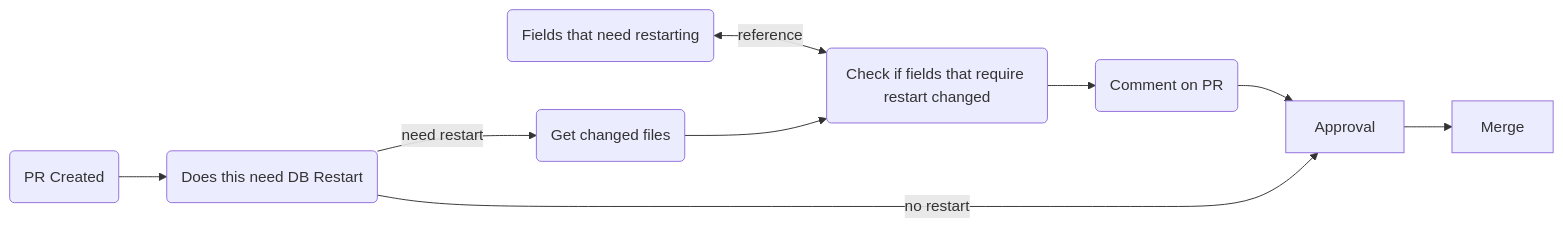
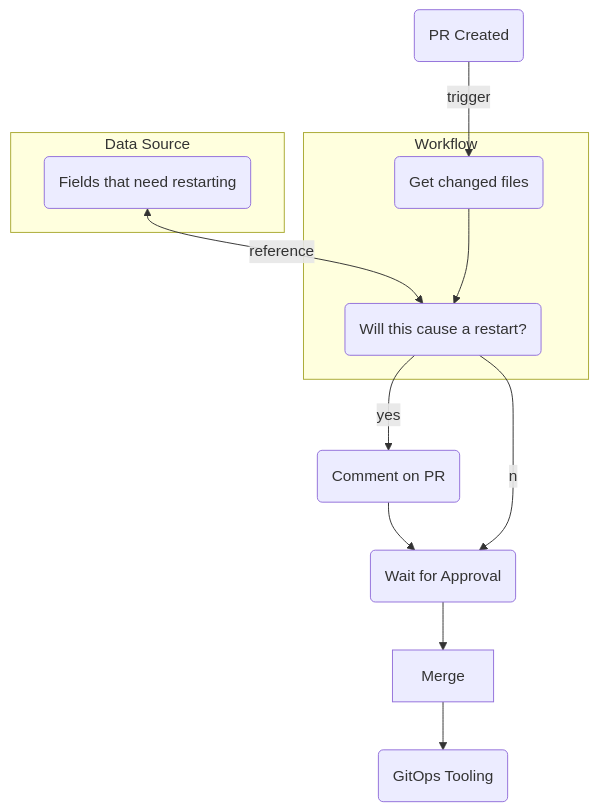
One commit to awslabs/crossplane-on-eks changed the first of 3 diagrams in doc/rds-day-2.md. Above: the diagram before and after it, drawn with Mermaid. The commit also changed other lines of this file, not shown here.

Commit message:
fix diagram and grammar

````diff
--- a/doc/rds-day-2.md
+++ b/doc/rds-day-2.md
@@ -45,11 +46,19 @@
 ```mermaid
-flowchart LR
-    FieldDefinitions(Fields that need restarting)
-    StepFiles(Get changed files)
-    StepCheck(Check if fields that require restart changed)
+flowchart TD
     Comment(Comment on PR)
+
+    subgraph Workflow
+        GetChangedFiles(Get changed files)
+        GetChangedFiles(Get changed files)
+        StepCheck(Will this cause a restart?)
+    end
+
+    subgraph Data Source 
+        FieldDefinitions(Fields that need restarting)
+    end 
+
     FieldDefinitions <--reference--> StepCheck
 
-    PR(PR Created) --> CR(Does this need DB Restart) --need restart--> StepFiles --> StepCheck --> Comment --> Approval --> Merge
-    CR --no restart--> Approval
+    PR(PR Created) --trigger--> GetChangedFiles --> StepCheck --yes--> Comment --> Approval(Wait for Approval) --> Merge --> GitOps(GitOps Tooling)
+    StepCheck--no--> Approval 
 ```
````
